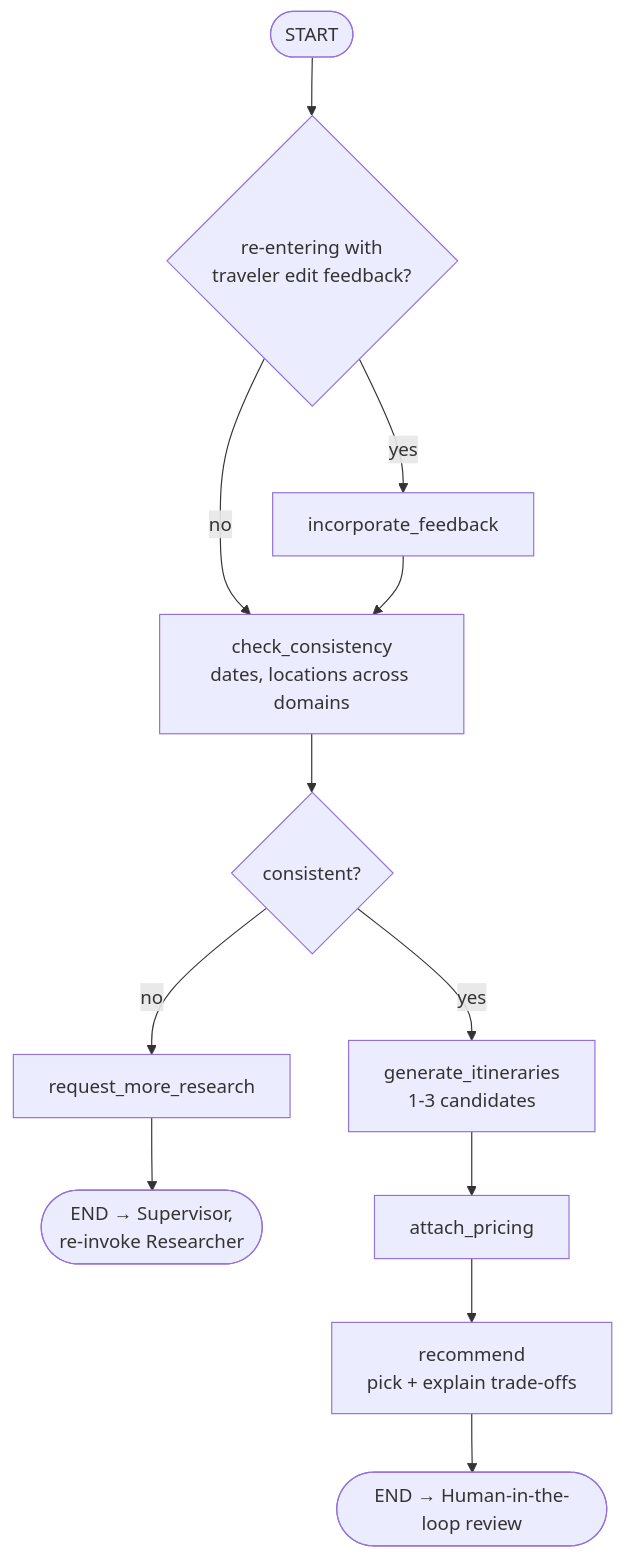
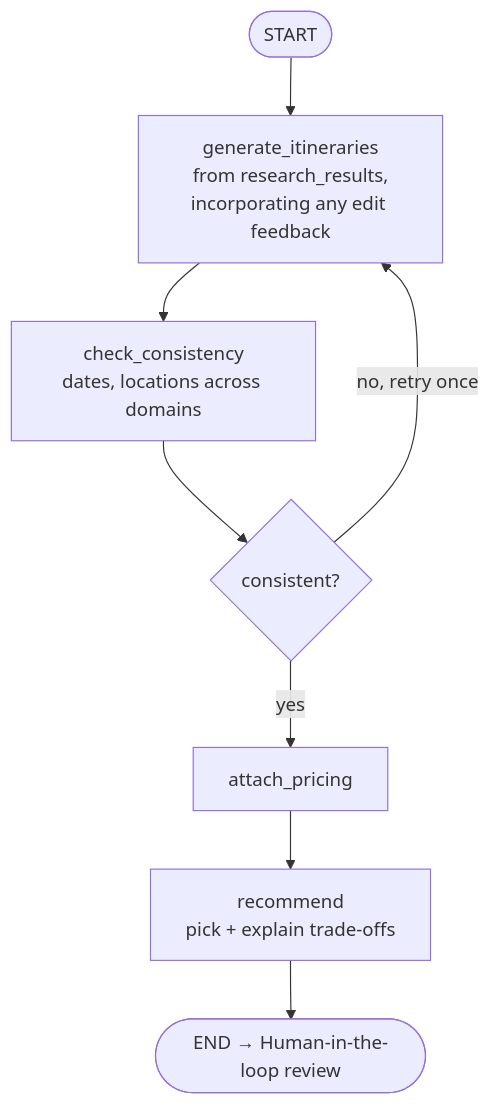
One commit to Minal18/ai-trip-planner-chatbot changed the seventh of 9 diagrams in docs/architecture.md. Above: the diagram before and after it, drawn with Mermaid. The commit also changed other lines of this file, not shown here.

Commit message:
Fix HITL edit-feedback routing: goes through Supervisor for classification, not directly to Planner

````diff
--- a/docs/architecture.md
+++ b/docs/architecture.md
@@ -257,14 +290,10 @@
 ```mermaid
 graph TD
-    Start([START]) --> Feedback{re-entering with<br/>traveler edit feedback?}
-    Feedback -->|yes| Incorporate[incorporate_feedback]
-    Feedback -->|no| Consistency[check_consistency<br/>dates, locations across domains]
-    Incorporate --> Consistency
+    Start([START]) --> Generate[generate_itineraries<br/>from research_results,<br/>incorporating any edit feedback]
+    Generate --> Consistency[check_consistency<br/>dates, locations across domains]
     Consistency --> OK{consistent?}
-    OK -->|no| MoreResearch[request_more_research]
-    OK -->|yes| Generate[generate_itineraries<br/>1-3 candidates]
-    MoreResearch --> End3([END → Supervisor,<br/>re-invoke Researcher])
-    Generate --> Price[attach_pricing]
+    OK -->|no, retry once| Generate
+    OK -->|yes| Price[attach_pricing]
     Price --> Recommend[recommend<br/>pick + explain trade-offs]
     Recommend --> End4([END → Human-in-the-loop review])
 ```
````
